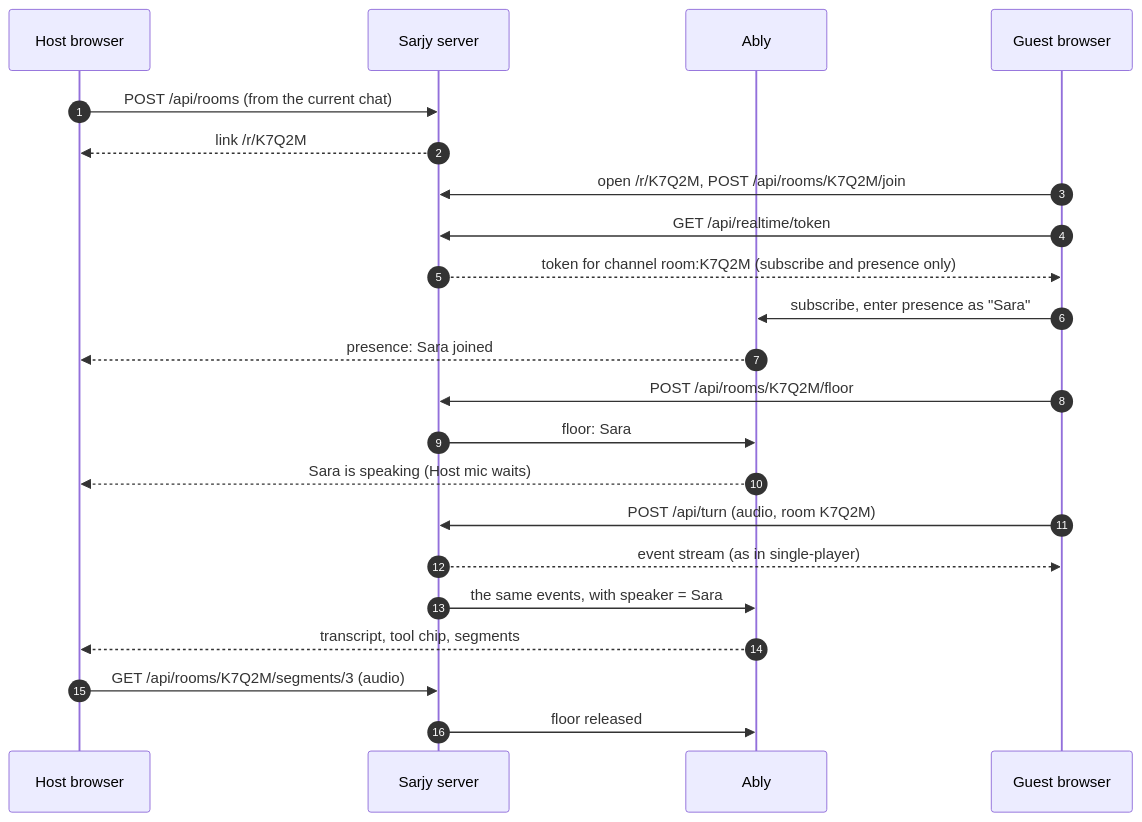
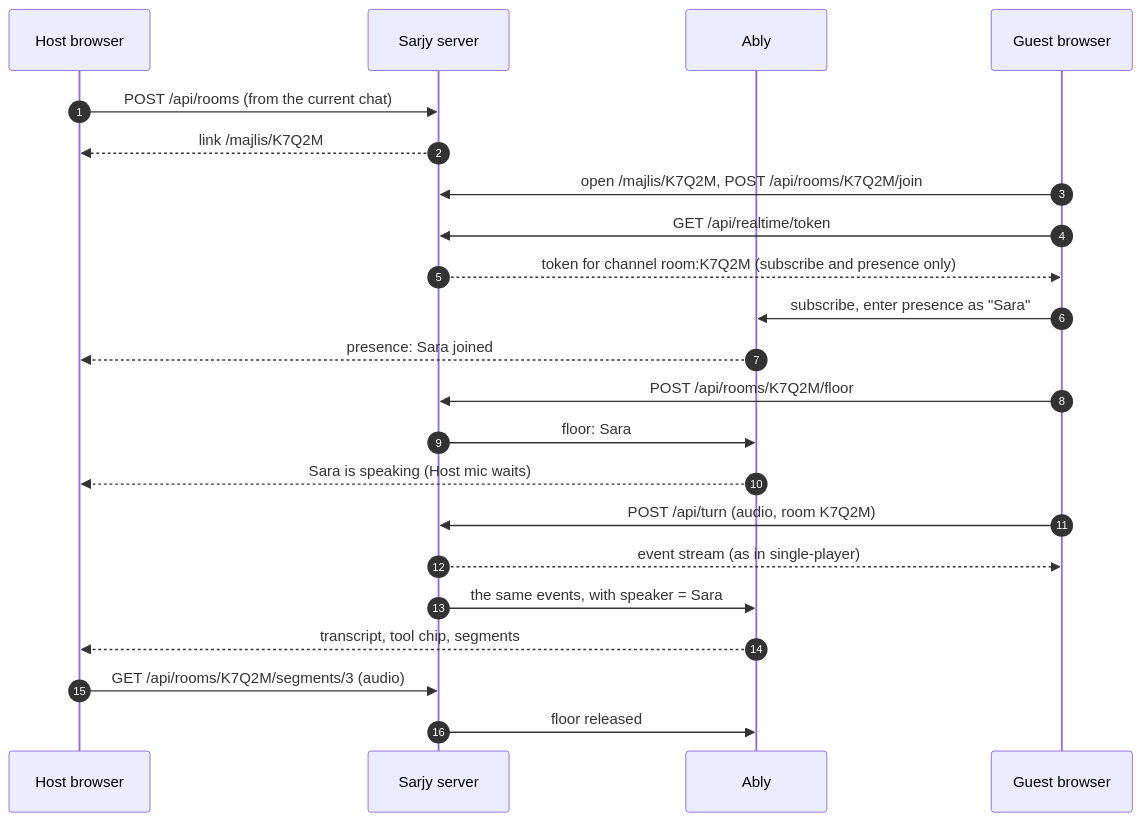
The fourth of 5 diagrams in docs/02-ARCHITECTURE.md (Turki-Sh/Sarjy), drawn with Mermaid before and after one commit. The commit also changed other lines of this file and 5 other files, not shown here.

````diff
--- a/docs/02-ARCHITECTURE.md
+++ b/docs/02-ARCHITECTURE.md
@@ -423,25 +423,25 @@
 ```mermaid
 sequenceDiagram
   autonumber
   participant H as Host browser
   participant S as Sarjy server
   participant A as Ably
   participant G as Guest browser
 
   H->>S: POST /api/rooms (from the current chat)
-  S-->>H: link /r/K7Q2M
-  G->>S: open /r/K7Q2M, POST /api/rooms/K7Q2M/join
+  S-->>H: link /majlis/K7Q2M
+  G->>S: open /majlis/K7Q2M, POST /api/rooms/K7Q2M/join
   G->>S: GET /api/realtime/token
   S-->>G: token for channel room:K7Q2M (subscribe and presence only)
   G->>A: subscribe, enter presence as "Sara"
   A-->>H: presence: Sara joined
   G->>S: POST /api/rooms/K7Q2M/floor
   S->>A: floor: Sara
   A-->>H: Sara is speaking (Host mic waits)
   G->>S: POST /api/turn (audio, room K7Q2M)
   S-->>G: event stream (as in single-player)
   S->>A: the same events, with speaker = Sara
   A-->>H: transcript, tool chip, segments
   H->>S: GET /api/rooms/K7Q2M/segments/3 (audio)
   S->>A: floor released
 ```
````
